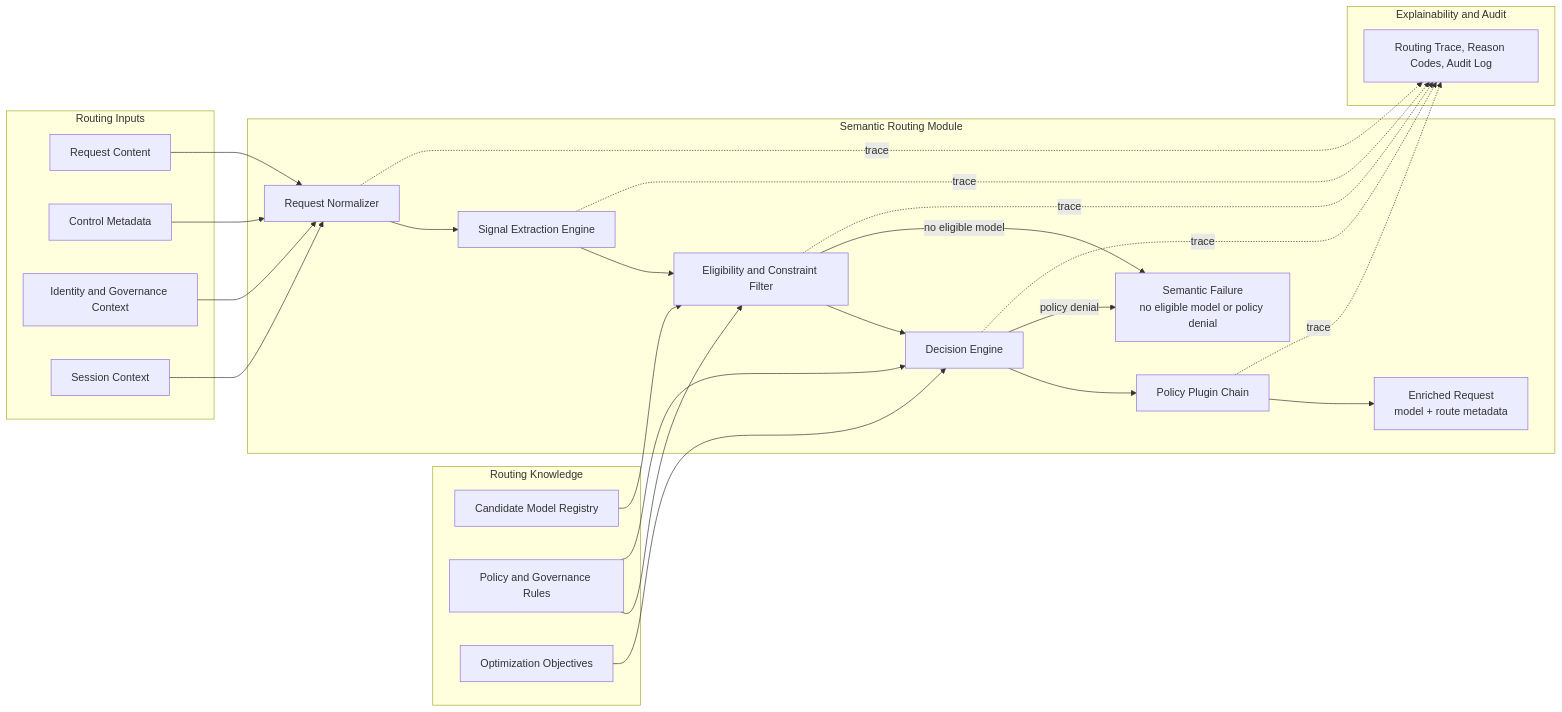
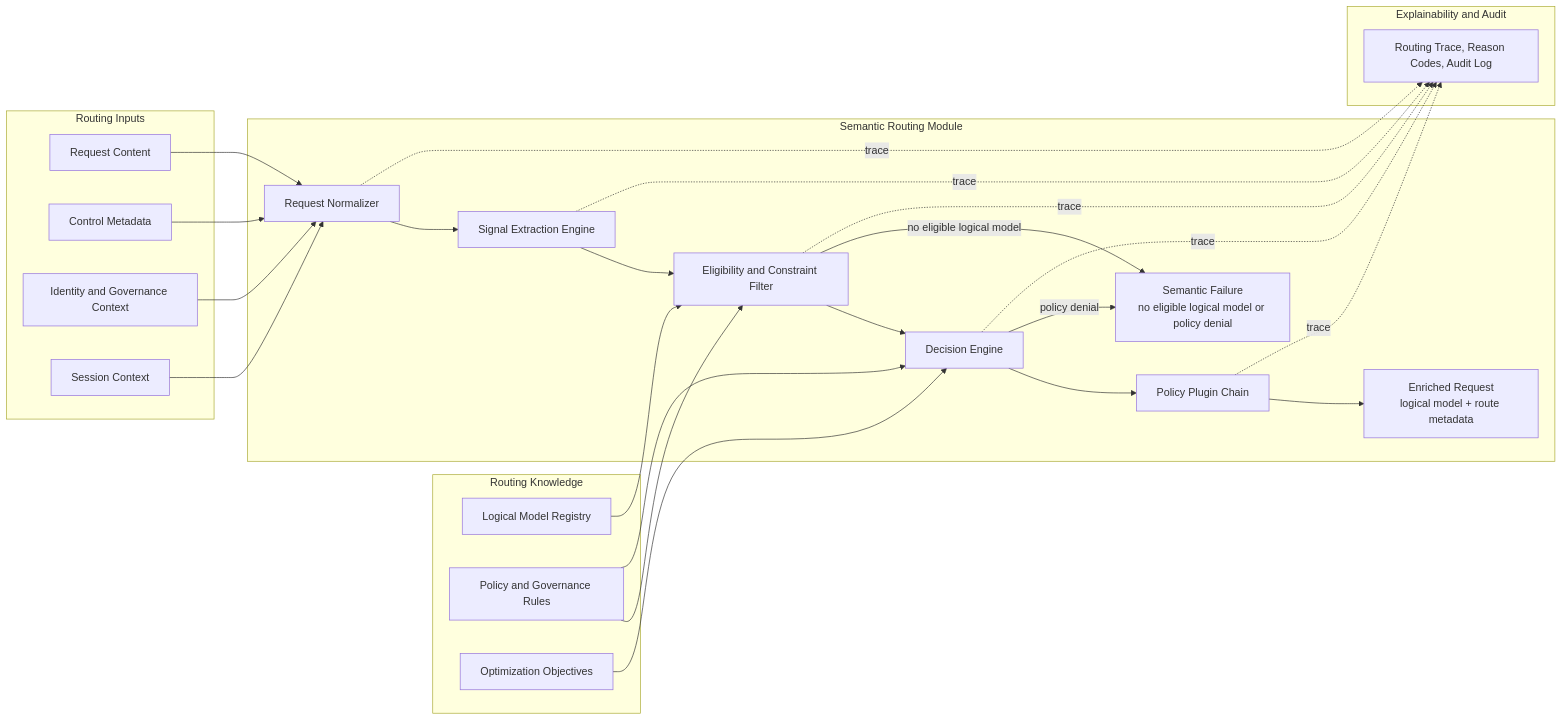
One commit to puyanguvic/semenatic_routing_and_load_balance changed the second of 2 diagrams in semantic_routing_module.md. Above: the diagram before and after it, drawn with Mermaid. The commit also changed other lines of this file and 2 other files, not shown here.

Commit message:
Clarify two-stage routing architecture and add overview diagrams

````diff
--- a/semantic_routing_module.md
+++ b/semantic_routing_module.md
@@ -103,49 +126,49 @@
 ```mermaid
 flowchart LR
     subgraph Inputs[Routing Inputs]
         Content[Request Content]
         Control[Control Metadata]
         Identity[Identity and Governance Context]
         Session[Session Context]
     end
 
     subgraph Knowledge[Routing Knowledge]
-        Registry[Candidate Model Registry]
+        Registry[Logical Model Registry]
         Policies[Policy and Governance Rules]
         Objectives[Optimization Objectives]
     end
 
     subgraph Router[Semantic Routing Module]
         Normalize[Request Normalizer]
         Signals[Signal Extraction Engine]
         Filter[Eligibility and Constraint Filter]
         Decide[Decision Engine]
         Plugins[Policy Plugin Chain]
-        Output[Enriched Request<br/>model + route metadata]
-        Reject[Semantic Failure<br/>no eligible model or policy denial]
+        Output[Enriched Request<br/>logical model + route metadata]
+        Reject[Semantic Failure<br/>no eligible logical model or policy denial]
     end
 
     subgraph Explain[Explainability and Audit]
         Trace[Routing Trace, Reason Codes, Audit Log]
     end
 
     Content --> Normalize
     Control --> Normalize
     Identity --> Normalize
     Session --> Normalize
 
     Normalize --> Signals --> Filter --> Decide --> Plugins --> Output
     Registry --> Filter
     Policies --> Filter
     Policies --> Decide
     Objectives --> Decide
 
-    Filter -->|no eligible model| Reject
+    Filter -->|no eligible logical model| Reject
     Decide -->|policy denial| Reject
 
     Normalize -. trace .-> Trace
     Signals -. trace .-> Trace
     Filter -. trace .-> Trace
     Decide -. trace .-> Trace
     Plugins -. trace .-> Trace
 ```
````
